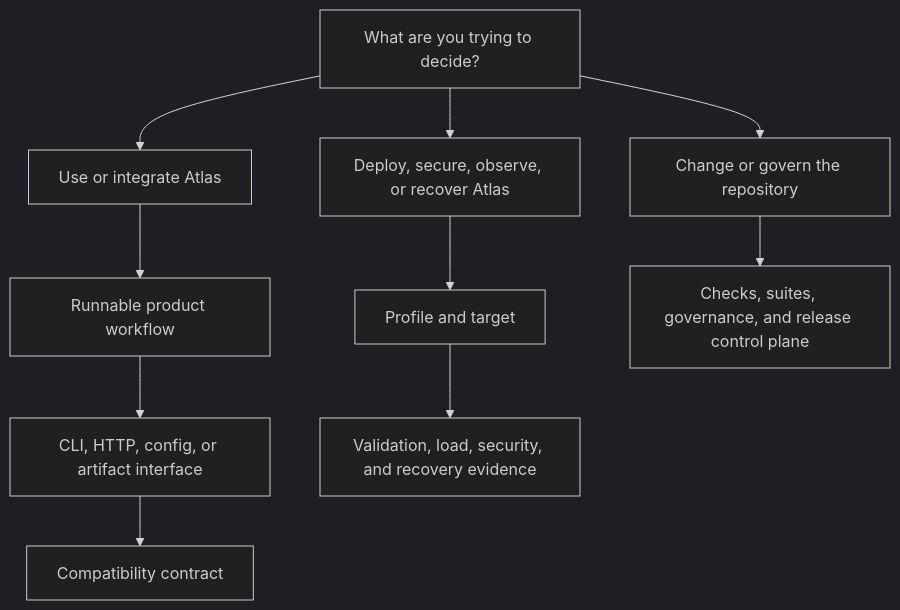
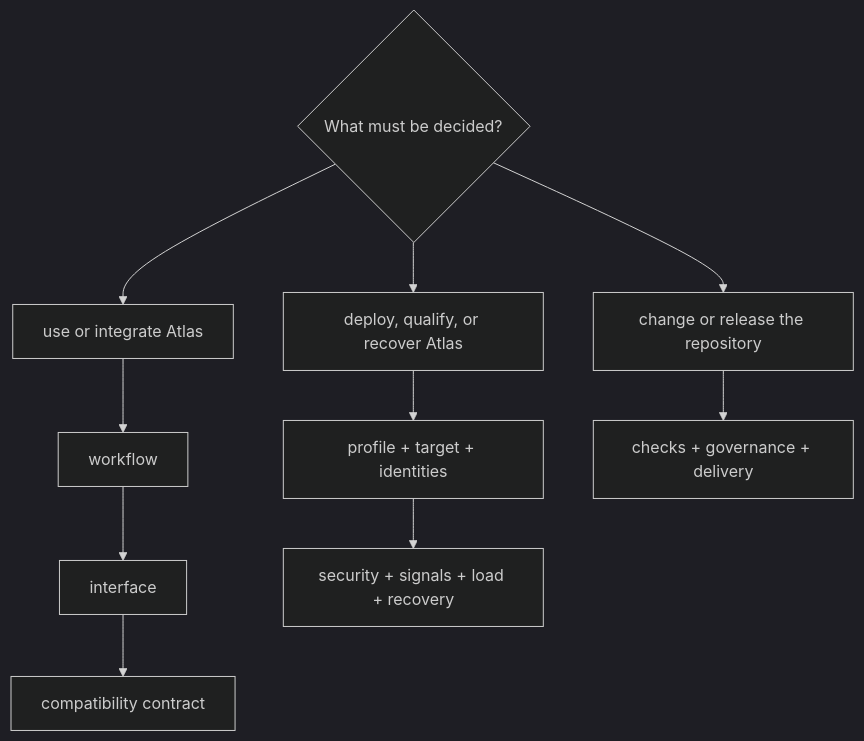
Before and after one commit to bijux/bijux-atlas: the diagram in docs/bijux-atlas/foundations/documentation-map.md, drawn with Mermaid (dark theme). The commit also changed other lines of this file and 2 other files, not shown here.

Commit message:
docs(foundations): define product identities and handoffs

````diff
--- a/docs/bijux-atlas/foundations/documentation-map.md
+++ b/docs/bijux-atlas/foundations/documentation-map.md
@@ -16,12 +16,13 @@
 ```mermaid
 flowchart TD
-    Need[What are you trying to decide?] --> Product[Use or integrate Atlas]
-    Need --> Ops[Deploy, secure, observe, or recover Atlas]
-    Need --> Dev[Change or govern the repository]
-    Product --> Workflow[Runnable product workflow]
-    Workflow --> Interface[CLI, HTTP, config, or artifact interface]
-    Interface --> Contract[Compatibility contract]
-    Ops --> Target[Profile and target]
-    Target --> Evidence[Validation, load, security, and recovery evidence]
-    Dev --> Control[Checks, suites, governance, and release control plane]
+    Question{"What must be decided?"}
+    Question --> Product["use or integrate Atlas"]
+    Question --> Ops["deploy, qualify, or recover Atlas"]
+    Question --> Dev["change or release the repository"]
+    Product --> Workflow["workflow"]
+    Workflow --> Interface["interface"]
+    Interface --> Contract["compatibility contract"]
+    Ops --> Target["profile + target + identities"]
+    Target --> Evidence["security + signals + load + recovery"]
+    Dev --> Control["checks + governance + delivery"]
 ```
````
